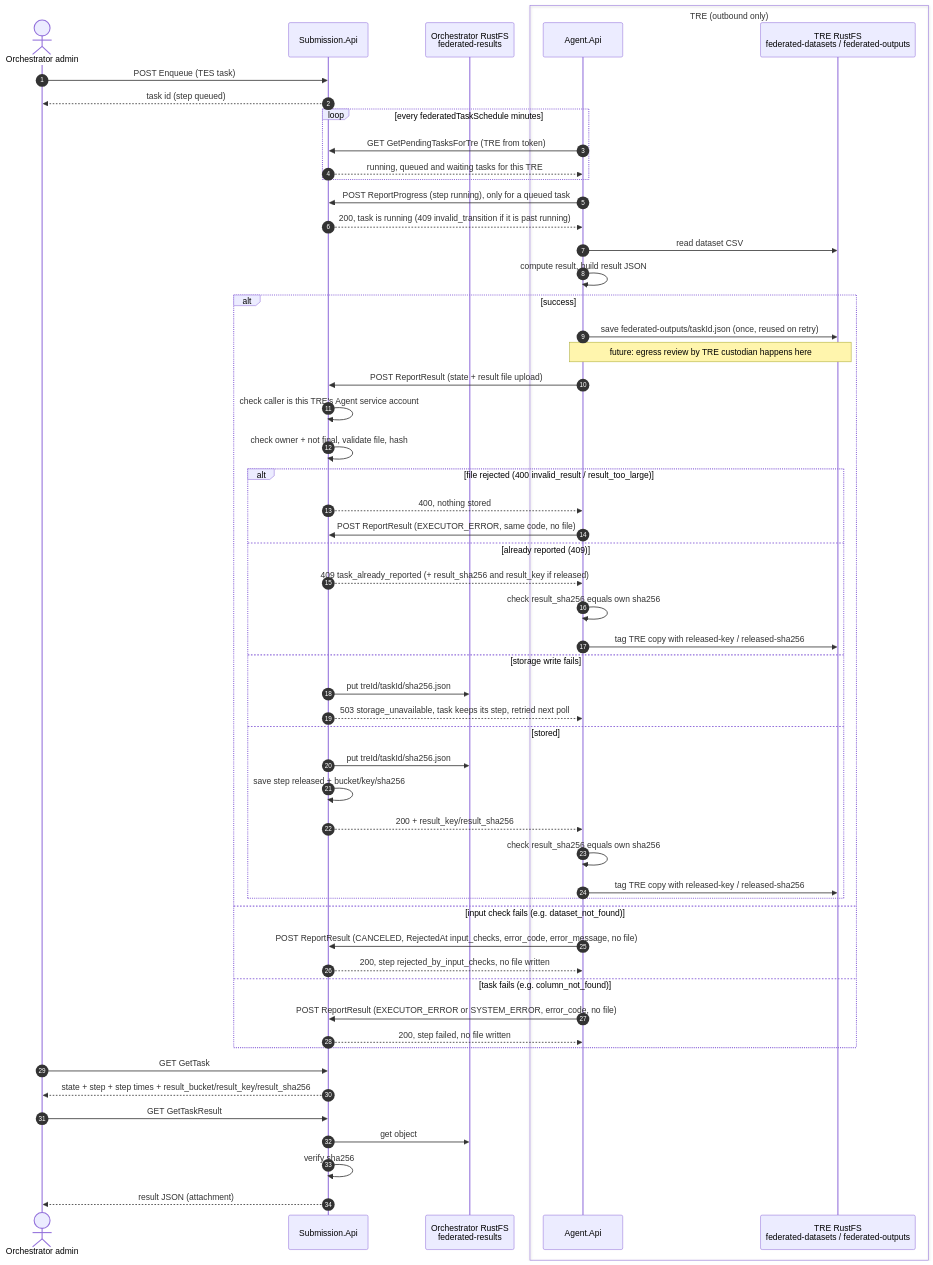
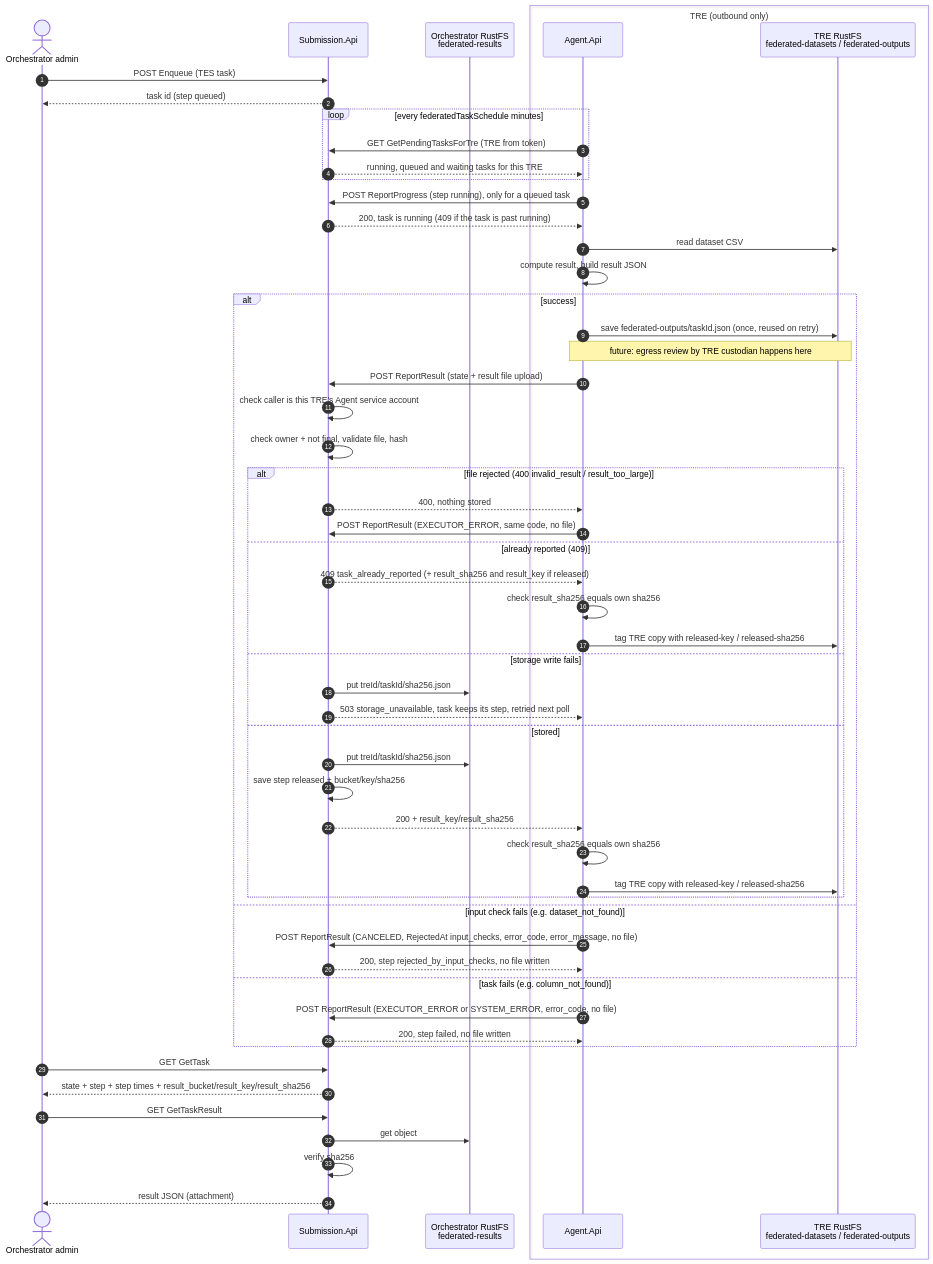
The diagram in docs/federated-tasks.md (promptlylabs/federated-spe-tre-agent), drawn with Mermaid before and after one commit. The commit also changed other lines of this file, not shown here.

````diff
--- a/docs/federated-tasks.md
+++ b/docs/federated-tasks.md
@@ -27,58 +27,58 @@
 ```mermaid
 sequenceDiagram
     autonumber
     actor Admin as Orchestrator admin
     participant Sub as Submission.Api
     participant OS as Orchestrator RustFS<br/>federated-results
     box TRE (outbound only)
         participant Agent as Agent.Api
         participant TS as TRE RustFS<br/>federated-datasets / federated-outputs
     end
 
     Admin->>Sub: POST Enqueue (TES task)
     Sub-->>Admin: task id (step queued)
     loop every federatedTaskSchedule minutes
         Agent->>Sub: GET GetPendingTasksForTre (TRE from token)
         Sub-->>Agent: running, queued and waiting tasks for this TRE
     end
     Agent->>Sub: POST ReportProgress (step running), only for a queued task
-    Sub-->>Agent: 200, task is running (409 invalid_transition if it is past running)
+    Sub-->>Agent: 200, task is running (409 if the task is past running)
     Agent->>TS: read dataset CSV
     Agent->>Agent: compute result, build result JSON
     alt success
         Agent->>TS: save federated-outputs/taskId.json (once, reused on retry)
         Note over Agent,TS: future: egress review by TRE custodian happens here
         Agent->>Sub: POST ReportResult (state + result file upload)
         Sub->>Sub: check caller is this TRE's Agent service account
         Sub->>Sub: check owner + not final, validate file, hash
         alt file rejected (400 invalid_result / result_too_large)
             Sub-->>Agent: 400, nothing stored
             Agent->>Sub: POST ReportResult (EXECUTOR_ERROR, same code, no file)
         else already reported (409)
             Sub-->>Agent: 409 task_already_reported (+ result_sha256 and result_key if released)
             Agent->>Agent: check result_sha256 equals own sha256
             Agent->>TS: tag TRE copy with released-key / released-sha256
         else storage write fails
             Sub->>OS: put treId/taskId/sha256.json
             Sub-->>Agent: 503 storage_unavailable, task keeps its step, retried next poll
         else stored
             Sub->>OS: put treId/taskId/sha256.json
             Sub->>Sub: save step released + bucket/key/sha256
             Sub-->>Agent: 200 + result_key/result_sha256
             Agent->>Agent: check result_sha256 equals own sha256
             Agent->>TS: tag TRE copy with released-key / released-sha256
         end
     else input check fails (e.g. dataset_not_found)
         Agent->>Sub: POST ReportResult (CANCELED, RejectedAt input_checks, error_code, error_message, no file)
         Sub-->>Agent: 200, step rejected_by_input_checks, no file written
     else task fails (e.g. column_not_found)
         Agent->>Sub: POST ReportResult (EXECUTOR_ERROR or SYSTEM_ERROR, error_code, no file)
         Sub-->>Agent: 200, step failed, no file written
     end
     Admin->>Sub: GET GetTask
     Sub-->>Admin: state + step + step times + result_bucket/result_key/result_sha256
     Admin->>Sub: GET GetTaskResult
     Sub->>OS: get object
     Sub->>Sub: verify sha256
     Sub-->>Admin: result JSON (attachment)
 ```
````
